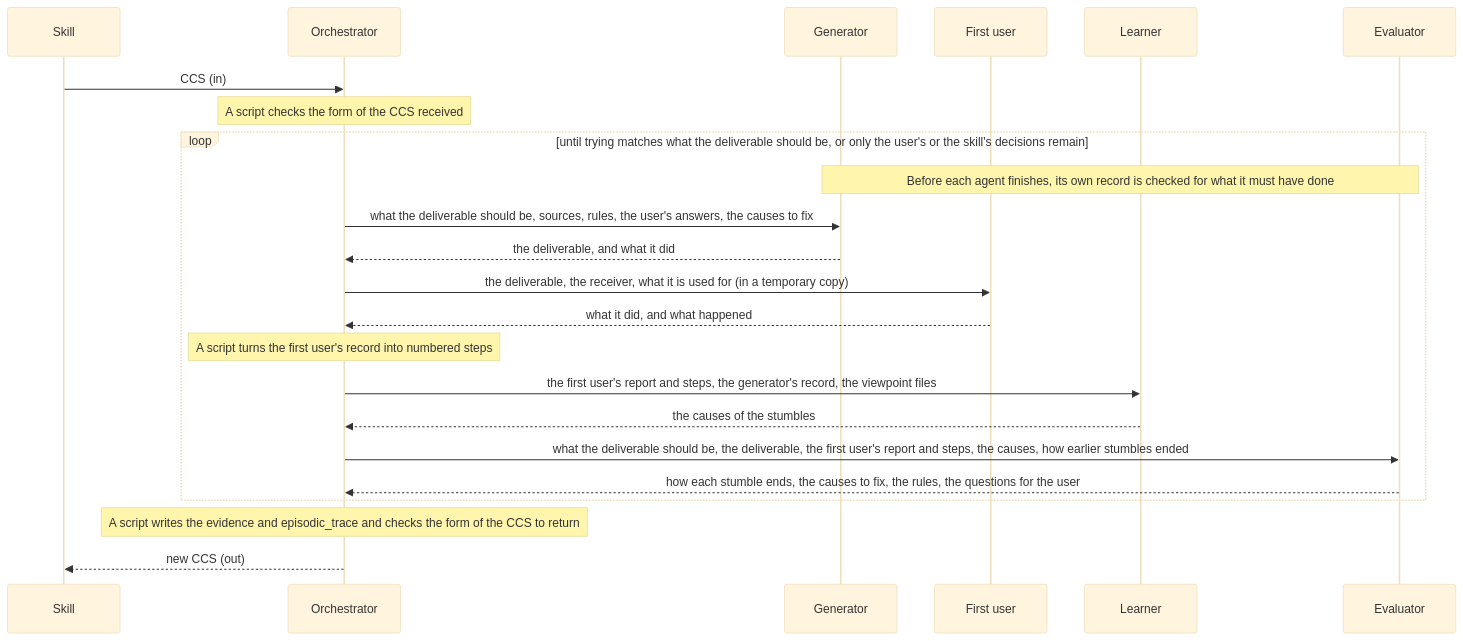
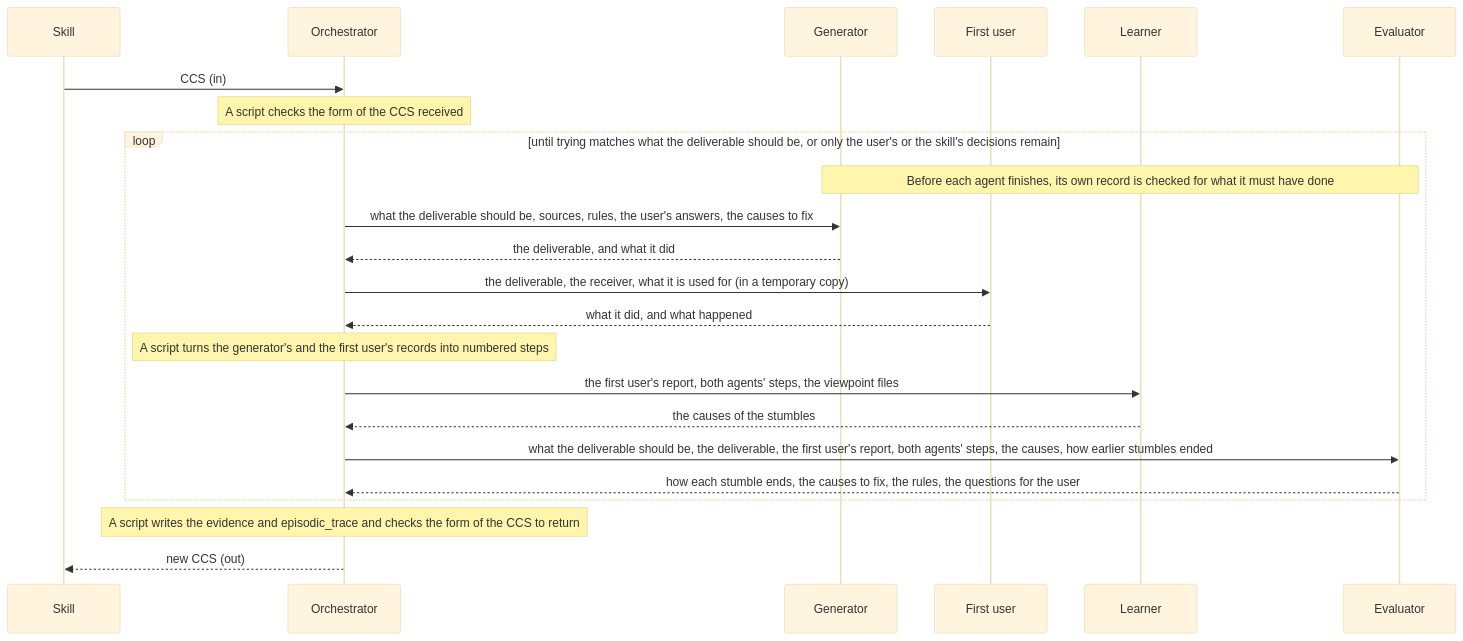
One commit to lovaizu/ccpm changed the diagram in dev/turn/design.md. Above: the diagram before and after it, drawn with Mermaid (base theme). The commit also changed other lines of this file and 1 other file, not shown here.

First line of the commit message:
turn design: what each agent must know whole is handed as files a script makes, and checked as read whole

````diff
--- a/dev/turn/design.md
+++ b/dev/turn/design.md
@@ -39,25 +39,25 @@
 ```mermaid
 sequenceDiagram
   participant S as Skill
   participant O as Orchestrator
   participant G as Generator
   participant U as First user
   participant L as Learner
   participant E as Evaluator
   S->>O: CCS (in)
   Note over O: A script checks the form of the CCS received
   loop until trying matches what the deliverable should be, or only the user's or the skill's decisions remain
     Note over G,E: Before each agent finishes, its own record is checked for what it must have done
     O->>G: what the deliverable should be, sources, rules, the user's answers, the causes to fix
     G-->>O: the deliverable, and what it did
     O->>U: the deliverable, the receiver, what it is used for (in a temporary copy)
     U-->>O: what it did, and what happened
-    Note over O: A script turns the first user's record into numbered steps
-    O->>L: the first user's report and steps, the generator's record, the viewpoint files
+    Note over O: A script turns the generator's and the first user's records into numbered steps
+    O->>L: the first user's report, both agents' steps, the viewpoint files
     L-->>O: the causes of the stumbles
-    O->>E: what the deliverable should be, the deliverable, the first user's report and steps, the causes, how earlier stumbles ended
+    O->>E: what the deliverable should be, the deliverable, the first user's report, both agents' steps, the causes, how earlier stumbles ended
     E-->>O: how each stumble ends, the causes to fix, the rules, the questions for the user
   end
   Note over O: A script writes the evidence and episodic_trace and checks the form of the CCS to return
   O-->>S: new CCS (out)
 ```
````
